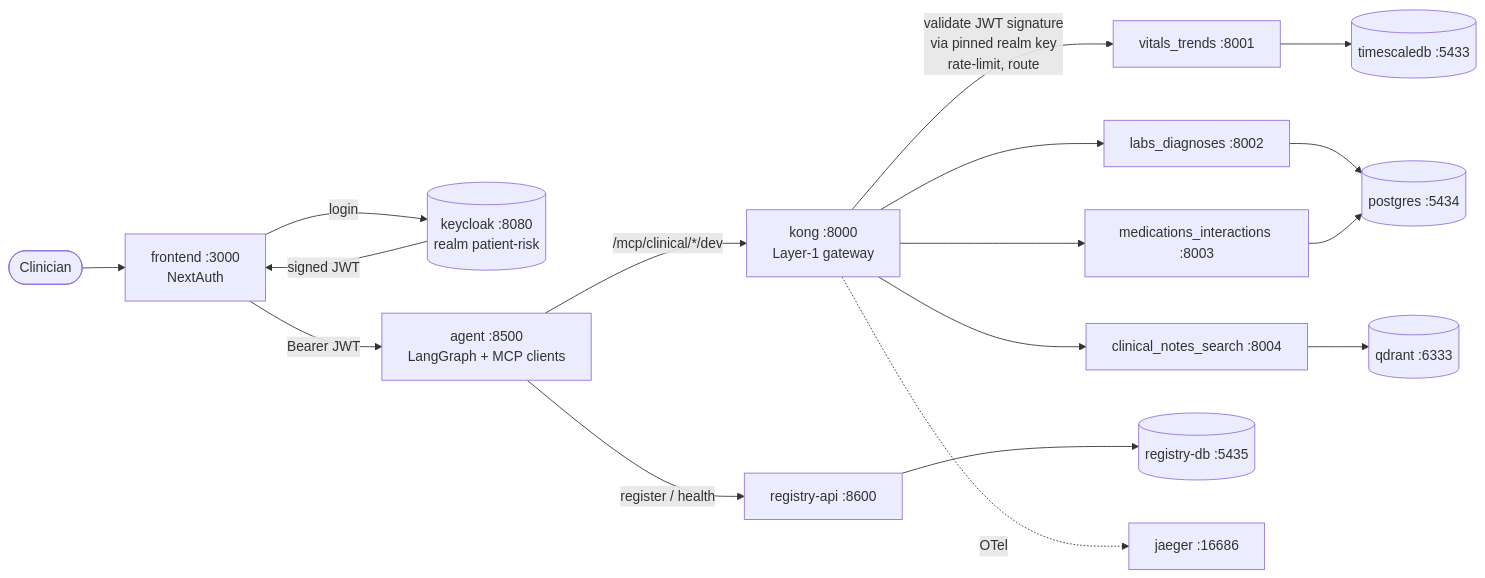
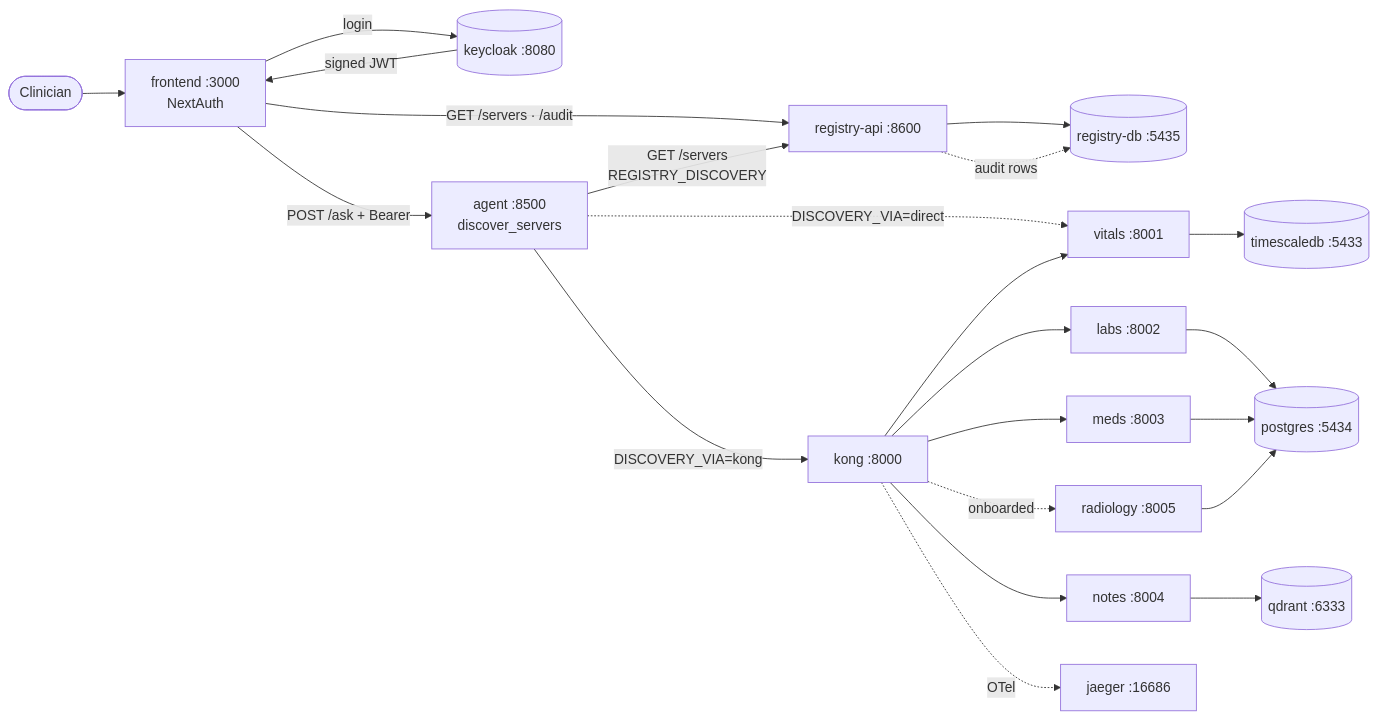
Before and after one commit to aakash-p-s/MCP-Data-Factory: the second of 2 diagrams in README.md, drawn with Mermaid. The commit also changed other lines of this file and 13 other files, not shown here.

First line of the commit message:
docs: update flow diagrams for onboarding-runtime bridge

````diff
--- a/README.md
+++ b/README.md
@@ -146,21 +153,27 @@
 ```mermaid
 flowchart LR
     U([Clinician]) --> FE[frontend :3000<br/>NextAuth]
-    FE -->|login| KC[(keycloak :8080<br/>realm patient-risk)]
+    FE -->|login| KC[(keycloak :8080)]
     KC -->|signed JWT| FE
-    FE -->|Bearer JWT| AG[agent :8500<br/>LangGraph + MCP clients]
-    AG -->|/mcp/clinical/*/dev| KONG[kong :8000<br/>Layer-1 gateway]
+    FE -->|POST /ask + Bearer| AG[agent :8500<br/>discover_servers]
+    FE -->|GET /servers · /audit| RA[registry-api :8600]
+    AG -->|GET /servers<br/>REGISTRY_DISCOVERY| RA
+    RA --> RDB[(registry-db :5435)]
+    AG -->|DISCOVERY_VIA=kong| KONG[kong :8000]
+    AG -.DISCOVERY_VIA=direct.-> V
 
-    KONG -->|validate JWT signature<br/>via pinned realm key<br/>rate-limit, route| V[vitals_trends :8001]
-    KONG --> L[labs_diagnoses :8002]
-    KONG --> M[medications_interactions :8003]
-    KONG --> N[clinical_notes_search :8004]
+    KONG --> V[vitals :8001]
+    KONG --> L[labs :8002]
+    KONG --> M[meds :8003]
+    KONG --> N[notes :8004]
+    KONG -.onboarded.-> R[radiology :8005]
 
     V --> TS[(timescaledb :5433)]
     L --> PG[(postgres :5434)]
     M --> PG
     N --> QD[(qdrant :6333)]
+    R --> PG
 
-    AG -->|register / health| RA[registry-api :8600] --> RDB[(registry-db :5435)]
     KONG -.OTel.-> J[jaeger :16686]
+    RA -.audit rows.-> RDB
 ```
````
